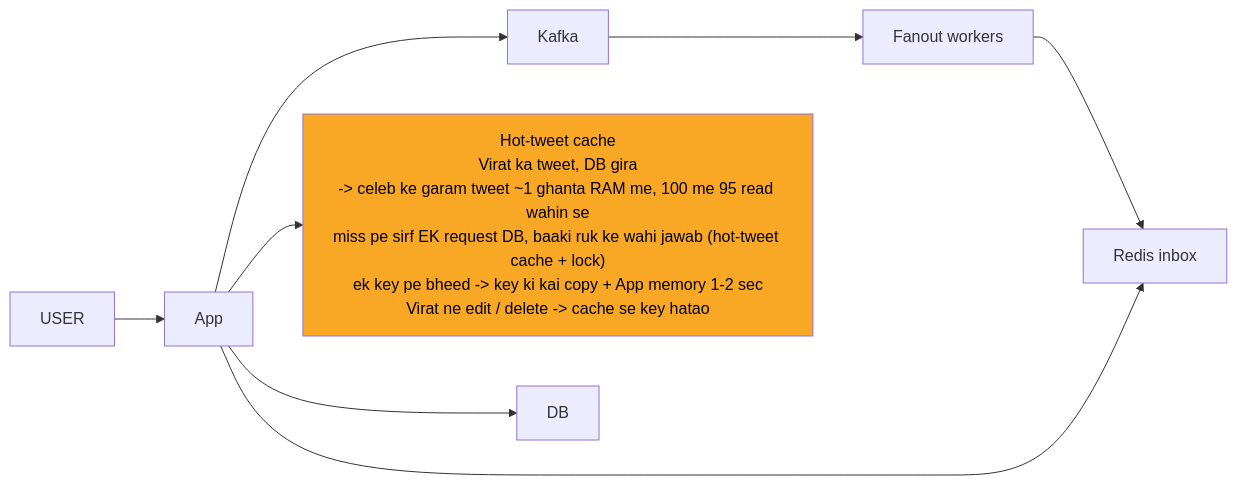
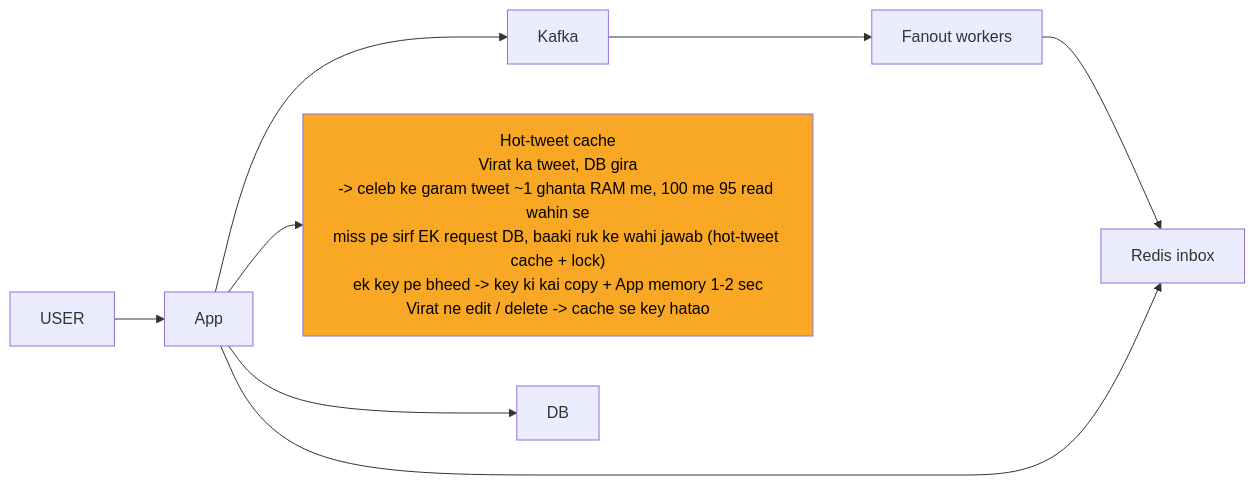
Before and after one commit to ArpanMaheshwari144/Prep: the fifth of 12 diagrams in 04_HLD/SYSTEM_DESIGNS/03_twitter_feed/03_twitter_feed.md, drawn with Mermaid. The commit also changed other lines of this file and 13 other files, not shown here.

Commit message:
hld 14 file: har diagram ke daayein andekha dabba, zoom button asli dabbe pe na aaye

````diff
--- a/04_HLD/SYSTEM_DESIGNS/03_twitter_feed/03_twitter_feed.md
+++ b/04_HLD/SYSTEM_DESIGNS/03_twitter_feed/03_twitter_feed.md
@@ -231,19 +243,22 @@
 ```mermaid
 %%{init: {"flowchart": {"wrappingWidth": 450}}}%%
 flowchart LR
     n_USER["USER"]
     n_App["App"]
     n_Kafka["Kafka"]
     n_Fanout_workers["Fanout workers"]
     n_Redis_inbox["Redis inbox"]
     n_Hot_tweet_cache["Hot-tweet cache<br/>Virat ka tweet, DB gira<br/>-> celeb ke garam tweet ~1 ghanta RAM me, 100 me 95 read wahin se<br/>miss pe sirf EK request DB, baaki ruk ke wahi jawab (hot-tweet cache + lock)<br/>ek key pe bheed -> key ki kai copy + App memory 1-2 sec<br/>Virat ne edit / delete -> cache se key hatao"]
     n_DB["DB"]
     n_USER --> n_App
     n_App --> n_Kafka
     n_App --> n_Hot_tweet_cache
     n_App --> n_DB
     n_Kafka --> n_Fanout_workers
     n_Fanout_workers --> n_Redis_inbox
     n_App --> n_Redis_inbox
+    n_pad["xxxxxxxxxxxxxxxx"]
+    n_Hot_tweet_cache ~~~ n_pad
     style n_Hot_tweet_cache fill:#f9a825,color:#000
+    style n_pad fill:none,stroke:none,color:#ffffff00
 ```
````
